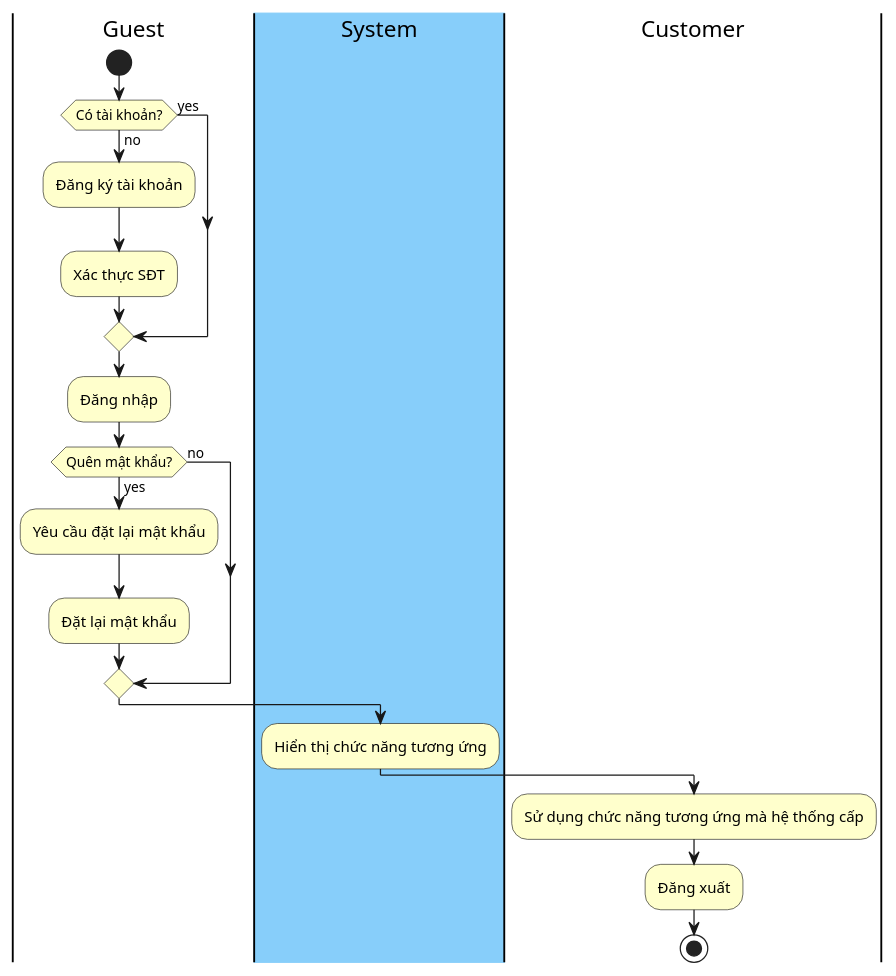
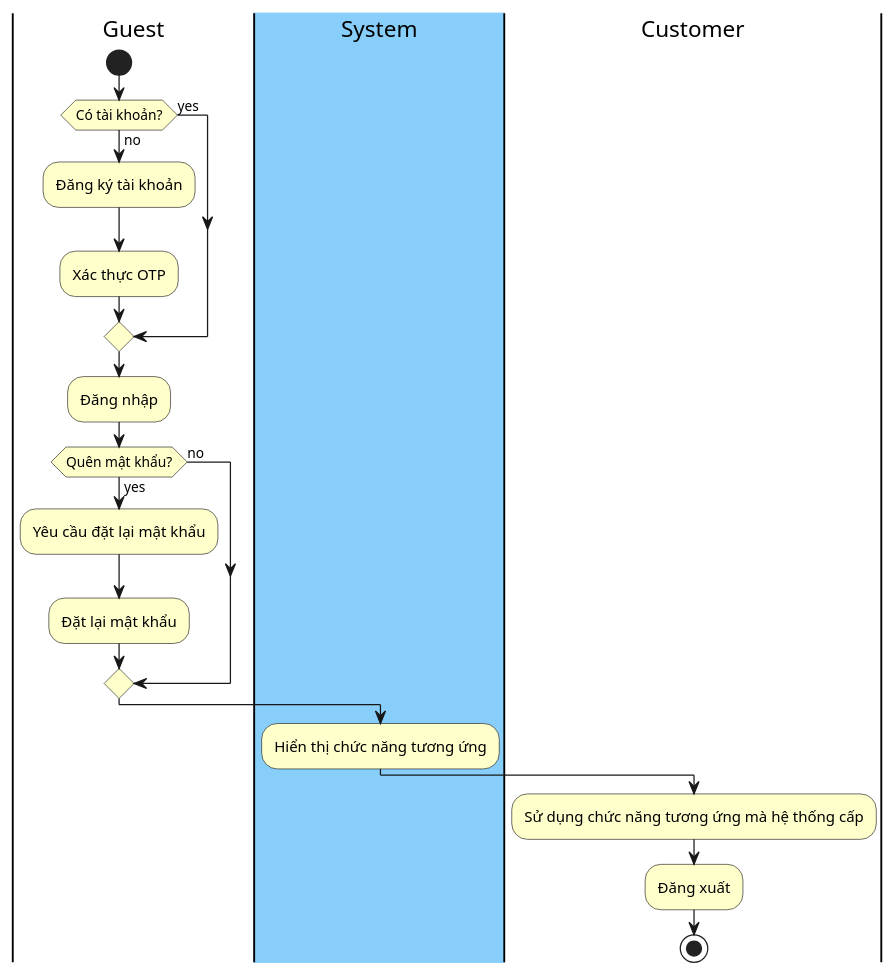
The sixth of 8 diagrams in docs/software-specs.md (tozydev/virgo-14), drawn with PlantUML before and after one commit. The commit also changed other lines of this file, not shown here.

````diff
--- a/docs/software-specs.md
+++ b/docs/software-specs.md
@@ -381,35 +386,35 @@
 ```{.plantuml caption="Quy trình sử dụng phần mềm chung phía người dùng khách hàng"}
 @startuml
 <style>
 activity {
   BackgroundColor BUSINESS
 }
 swimlaneTittle {
   BackgroundColor BUSINESS
 }
 </style>
 
 |Guest|
 start
 if (Có tài khoản?) then (yes)
 else (no)
    :Đăng ký tài khoản;
-  :Xác thực SĐT;
+   :Xác thực OTP;
 endif
 :Đăng nhập;
 if (Quên mật khẩu?) then (yes)
   :Yêu cầu đặt lại mật khẩu;
   :Đặt lại mật khẩu;
 else (no)
 endif
 |Guest|
 |System|
 :Hiển thị chức năng tương ứng;
 |#lightskyblue|System|
 |Customer|
 :Sử dụng chức năng tương ứng mà hệ thống cấp;
 :Đăng xuất;
 stop
 
 @enduml
 ```
````
